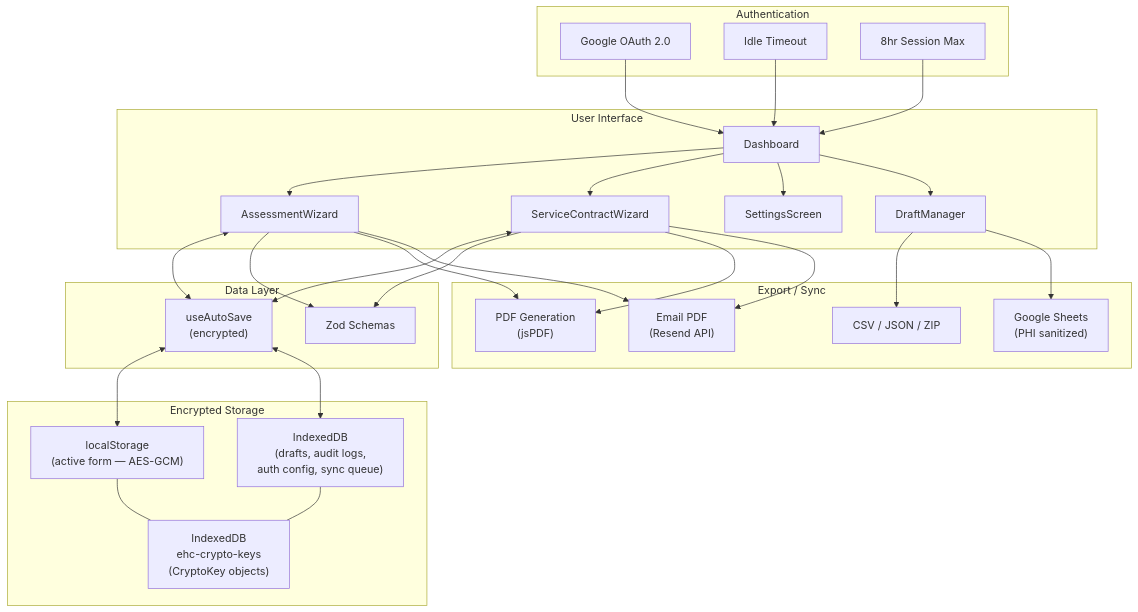
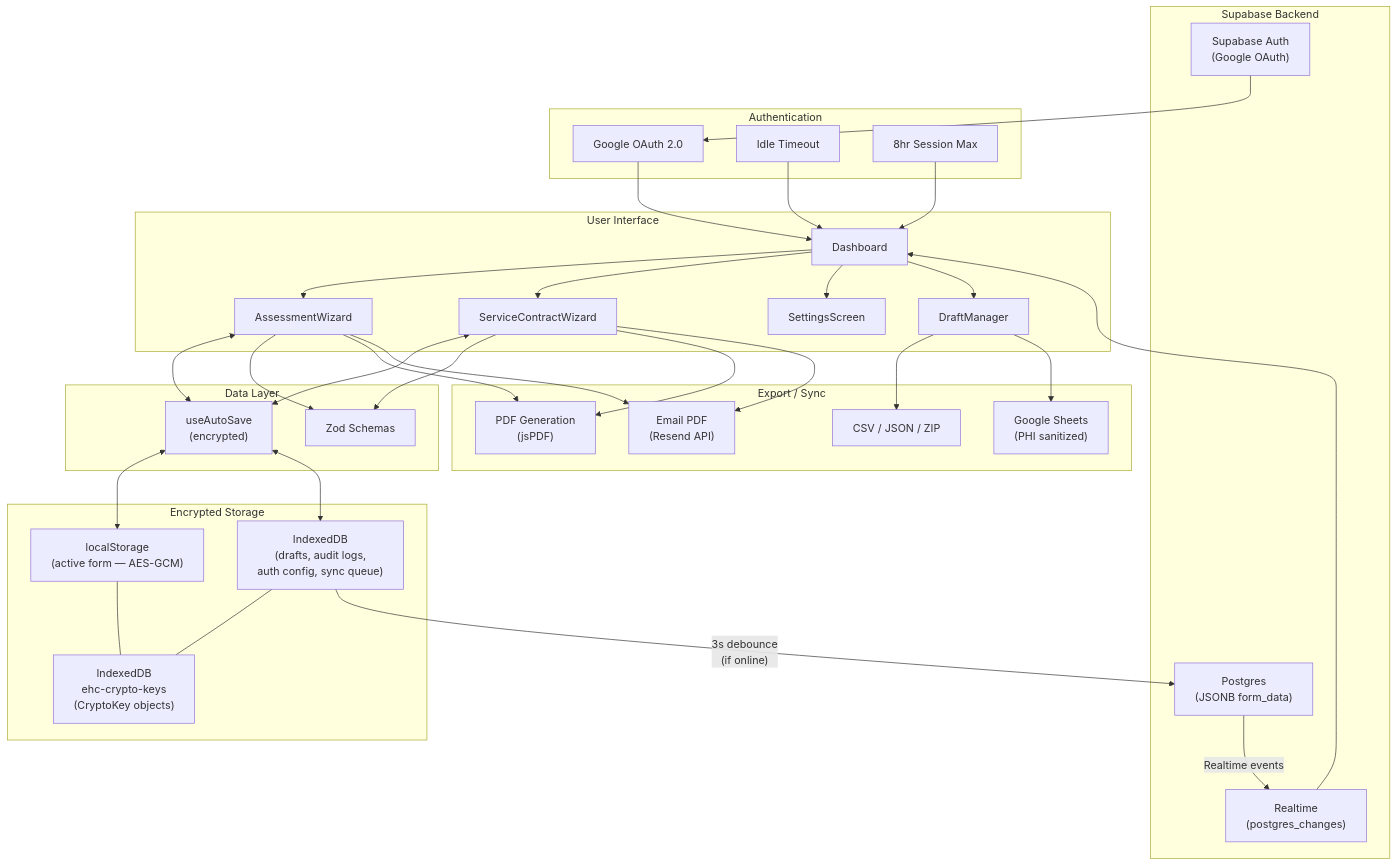
One commit to sushil-negi/intake-automation changed the first of 2 diagrams in ehc-assessment/README.md. Above: the diagram before and after it, drawn with Mermaid. The commit also changed other lines of this file and 4 other files, not shown here.

First line of the commit message:
Update documentation for Supabase sync and add architecture diagrams

````diff
--- a/ehc-assessment/README.md
+++ b/ehc-assessment/README.md
@@ -148,51 +160,61 @@
 ```mermaid
 flowchart TB
     subgraph UI ["User Interface"]
         Dashboard --> AssessmentWizard
         Dashboard --> ContractWizard["ServiceContractWizard"]
         Dashboard --> Settings["SettingsScreen"]
         Dashboard --> Drafts["DraftManager"]
     end
 
     subgraph DataLayer ["Data Layer"]
         AutoSave["useAutoSave\n(encrypted)"]
         Validation["Zod Schemas"]
     end
 
     subgraph Storage ["Encrypted Storage"]
         LS["localStorage\n(active form — AES-GCM)"]
         IDB["IndexedDB\n(drafts, audit logs,\nauth config, sync queue)"]
         CryptoDB["IndexedDB\nehc-crypto-keys\n(CryptoKey objects)"]
     end
 
     subgraph Export ["Export / Sync"]
         PDF["PDF Generation\n(jsPDF)"]
         CSV["CSV / JSON / ZIP"]
         Sheets["Google Sheets\n(PHI sanitized)"]
         Email["Email PDF\n(Resend API)"]
     end
 
+    subgraph Backend ["Supabase Backend"]
+        SupaDB["Postgres\n(JSONB form_data)"]
+        Realtime["Realtime\n(postgres_changes)"]
+        SupaAuth["Supabase Auth\n(Google OAuth)"]
+    end
+
     subgraph Auth ["Authentication"]
         OAuth["Google OAuth 2.0"]
         IdleTimeout["Idle Timeout"]
         SessionExpiry["8hr Session Max"]
     end
 
     AssessmentWizard <--> AutoSave
     ContractWizard <--> AutoSave
     AssessmentWizard --> Validation
     ContractWizard --> Validation
     AutoSave <--> LS
     AutoSave <--> IDB
     LS --- CryptoDB
     IDB --- CryptoDB
+    IDB -->|"3s debounce\n(if online)"| SupaDB
+    SupaDB -->|"Realtime events"| Realtime
+    Realtime --> Dashboard
     AssessmentWizard --> PDF
     ContractWizard --> PDF
     Drafts --> CSV
     Drafts --> Sheets
     AssessmentWizard --> Email
     ContractWizard --> Email
+    SupaAuth --> OAuth
     OAuth --> Dashboard
     IdleTimeout --> Dashboard
     SessionExpiry --> Dashboard
 ```
````
